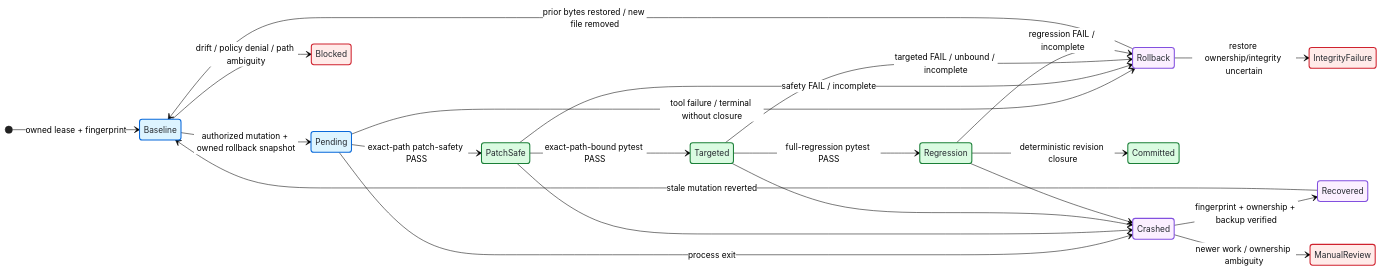
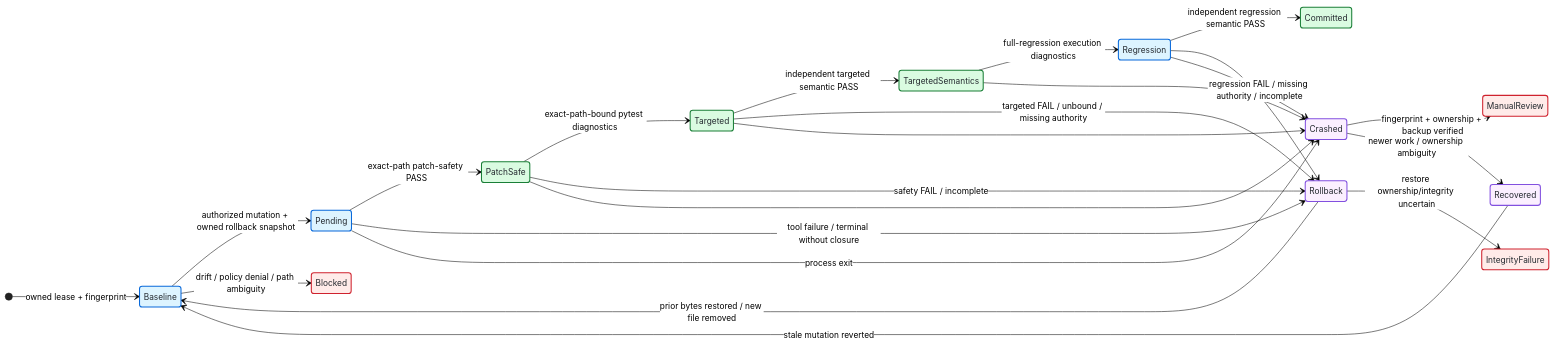
One commit to portyu9/ai-qa-automation changed the fourth of 4 diagrams in README.md. Above: the diagram before and after it, drawn with Mermaid (neutral theme). The commit also changed other lines of this file, not shown here.

Commit message:
Align README with independent pytest semantic authority

````diff
--- a/README.md
+++ b/README.md
@@ -400,45 +406,47 @@
 ```mermaid
 stateDiagram-v2
     direction LR
     accTitle: Transactional mutation and crash-recovery state machine
-    accDescr: A mutation starts only from an owned baseline. It must pass exact-path patch safety, exact-path-bound targeted pytest, and full regression before commit. Failure or incomplete proof rolls back. A crash can recover automatically only when workspace ownership, fingerprint, paths, and backup integrity remain provable; otherwise the runtime blocks for manual review.
+    accDescr: A mutation starts only from an owned baseline. Exact-path patch safety and targeted/full-regression execution diagnostics require independent semantic proof before commit. Failure or incomplete proof rolls back. A crash can recover automatically only when workspace ownership, fingerprint, paths, and backup integrity remain provable; otherwise the runtime blocks for manual review.
 
     [*] --> Baseline: owned lease + fingerprint
 
     Baseline --> Pending: authorized mutation + owned rollback snapshot
     Baseline --> Blocked: drift / policy denial / path ambiguity
 
     Pending --> PatchSafe: exact-path patch-safety PASS
     Pending --> Rollback: tool failure / terminal without closure
 
-    PatchSafe --> Targeted: exact-path-bound pytest PASS
+    PatchSafe --> Targeted: exact-path-bound pytest diagnostics
     PatchSafe --> Rollback: safety FAIL / incomplete
 
-    Targeted --> Regression: full-regression pytest PASS
-    Targeted --> Rollback: targeted FAIL / unbound / incomplete
+    Targeted --> TargetedSemantics: independent targeted semantic PASS
+    Targeted --> Rollback: targeted FAIL / unbound / missing authority
 
-    Regression --> Committed: deterministic revision closure
-    Regression --> Rollback: regression FAIL / incomplete
+    TargetedSemantics --> Regression: full-regression execution diagnostics
+    Regression --> Committed: independent regression semantic PASS
+    Regression --> Rollback: regression FAIL / missing authority / incomplete
 
     Rollback --> Baseline: prior bytes restored / new file removed
     Rollback --> IntegrityFailure: restore ownership/integrity uncertain
 
     Pending --> Crashed: process exit
     PatchSafe --> Crashed
     Targeted --> Crashed
+    TargetedSemantics --> Crashed
     Regression --> Crashed
 
     Crashed --> Recovered: fingerprint + ownership + backup verified
     Recovered --> Baseline: stale mutation reverted
     Crashed --> ManualReview: newer work / ownership ambiguity
 
     classDef active fill:#ddf4ff,stroke:#0969da,color:#24292f,stroke-width:2px
     classDef verified fill:#dafbe1,stroke:#1a7f37,color:#24292f,stroke-width:2px
     classDef recovery fill:#fbefff,stroke:#8250df,color:#24292f,stroke-width:2px
     classDef blocked fill:#ffebe9,stroke:#cf222e,color:#24292f,stroke-width:2px
 
-    class Baseline,Pending active
-    class PatchSafe,Targeted,Regression,Committed verified
+    class Baseline,Pending,Regression active
+    class PatchSafe,Targeted,TargetedSemantics,Committed verified
     class Rollback,Crashed,Recovered recovery
     class Blocked,IntegrityFailure,ManualReview blocked
 ```
````
